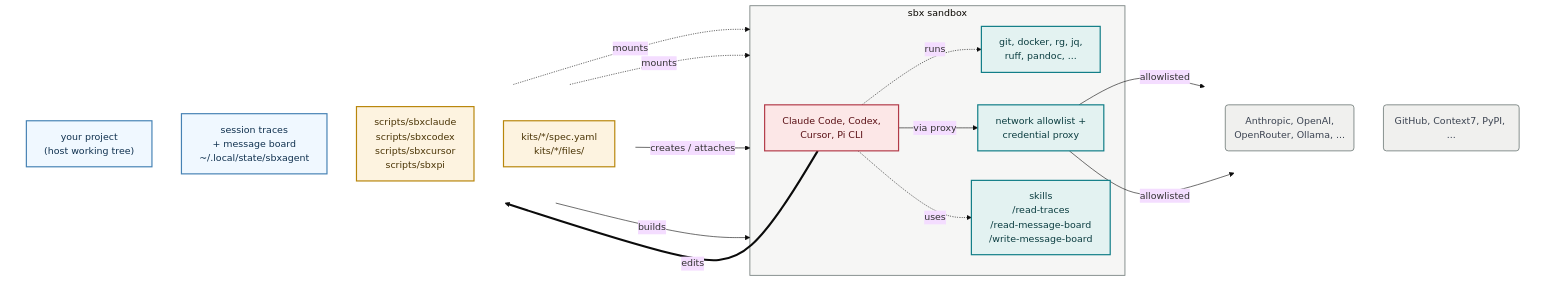
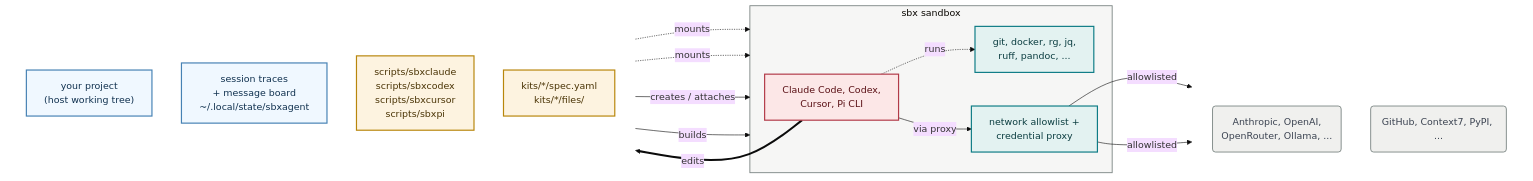
The diagram in README.md (lars20070/sbxagent), drawn with Mermaid (base theme) before and after one commit. The commit also changed other lines of this file, not shown here.

Commit message:
Remove skills from Mermaid diagram

````diff
--- a/README.md
+++ b/README.md
@@ -17,47 +17,45 @@
 ```mermaid
 flowchart LR
   subgraph IN[" "]
     direction TB
     PROJ["your project<br/>(host working tree)"]
     STATE["session traces<br> + message board<br/>~/.local/state/sbxagent"]
     DRV["scripts/sbxclaude<br/>scripts/sbxcodex<br/>scripts/sbxcursor<br/>scripts/sbxpi"]
     KIT["kits/*/spec.yaml<br/>kits/*/files/"]
   end
 
   subgraph VM["sbx sandbox"]
     AGENT["Claude Code, Codex,<br/>Cursor, Pi CLI"]
     TOOLS["git, docker, rg, jq,<br/>ruff, pandoc, ..."]
     PROXY["network allowlist +<br/>credential proxy"]
-    SKILLS["skills<br>/read-traces<br>/read-message-board<br>/write-message-board"]
   end
 
   subgraph NET[" "]
     direction TB
     LLM("Anthropic, OpenAI, <br/>OpenRouter, Ollama, ...")
     GH("GitHub, Context7, PyPI, ...")
   end
 
   PROJ -.->|"mounts"| VM
   STATE -.->|"mounts"| VM
   DRV -->|"creates / attaches"| VM
   KIT -->|"builds"| VM
   AGENT -.->|"runs"| TOOLS
   AGENT -->|"via proxy"| PROXY
-  AGENT -.->|"uses"| SKILLS
   PROXY -->|"allowlisted"| LLM & GH
   AGENT ==>|"edits"| PROJ
 
   classDef data    fill:aliceblue,stroke:steelblue,stroke-width:2px,color:#10314F
   classDef host    fill:#FDF3E0,stroke:#B8860B,stroke-width:2px,color:#4A3405
   classDef helper  fill:#E3F2F1,stroke:#0E7C86,stroke-width:2px,color:#0B3D40
   classDef agent   fill:#FCE7E7,stroke:#B23A48,stroke-width:2px,color:#5A1015
   classDef ext     fill:#F0F0EE,stroke:#7A8482,stroke-width:1.5px,color:#3A4250
   class PROJ,STATE data
   class KIT,DRV host
-  class TOOLS,PROXY,SKILLS helper
+  class TOOLS,PROXY helper
   class AGENT agent
   class GH,LLM ext
   style VM fill:#F6F6F5,stroke:#7A8482,stroke-width:1.5px
   style IN fill:none,stroke:none
   style NET fill:none,stroke:none
 ```
````
